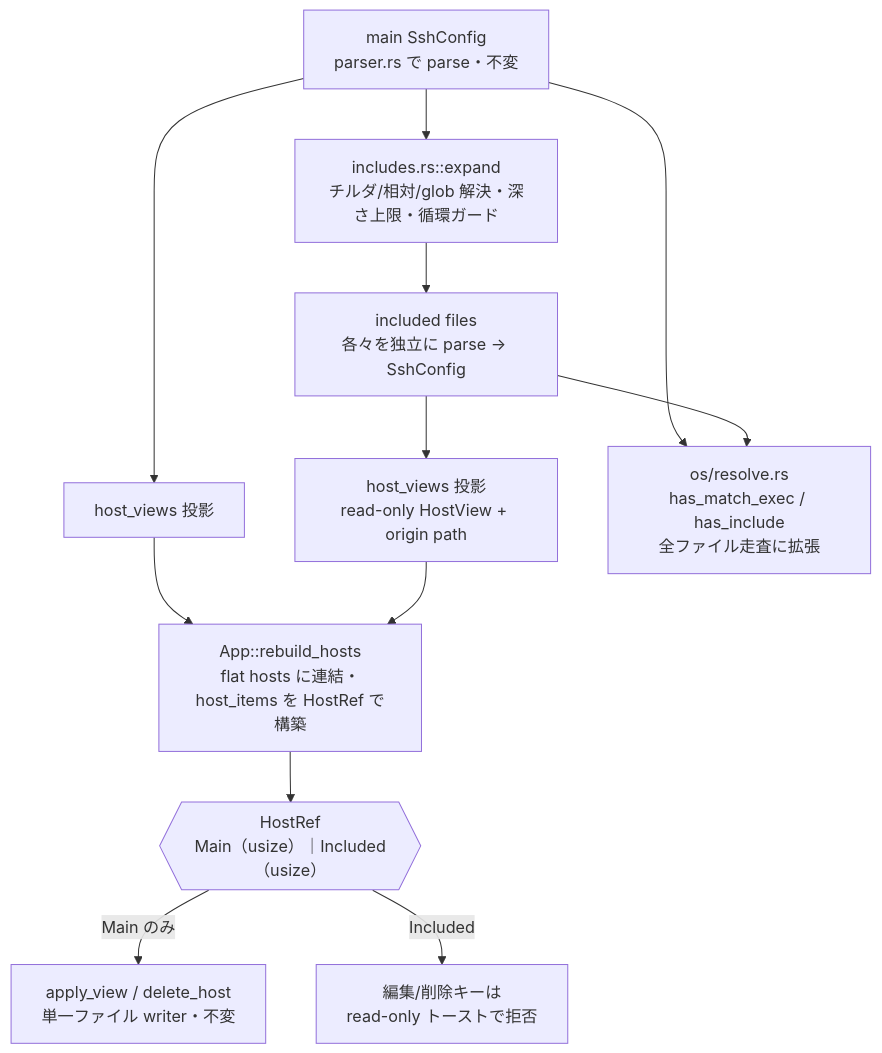
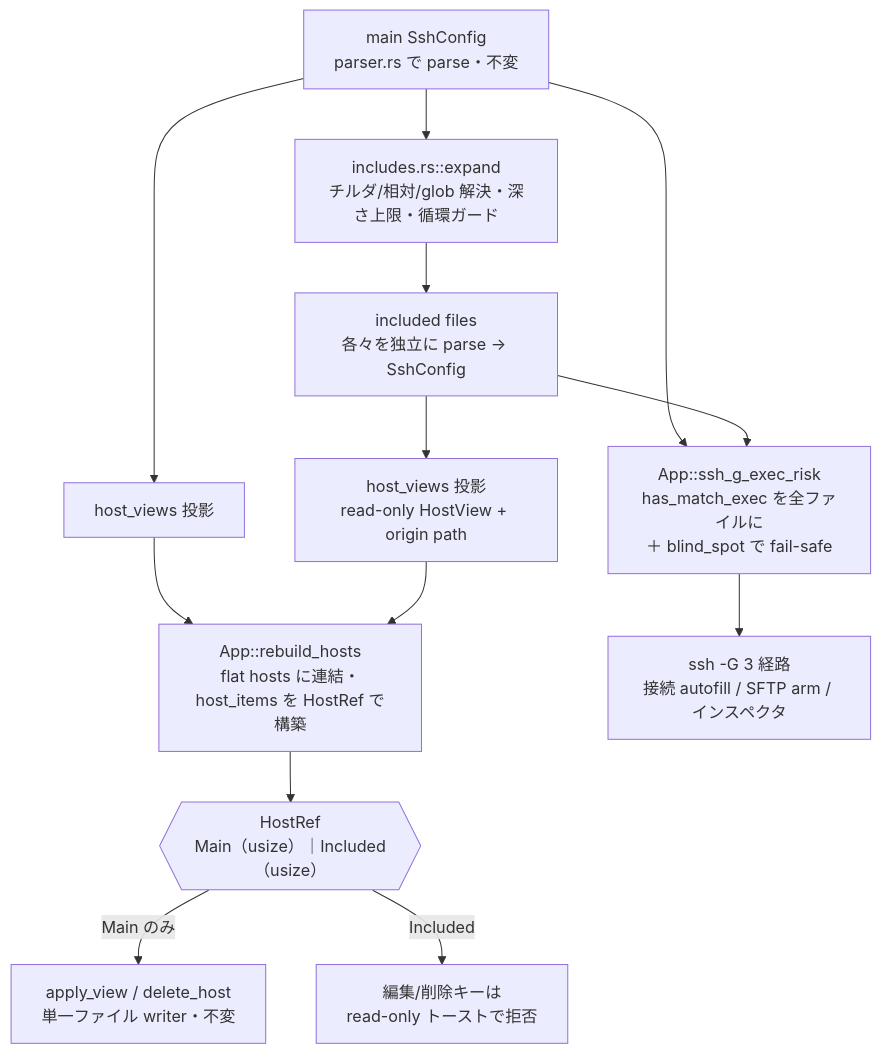
One commit to nakaba-lab/ssh-manager-tui changed the first of 2 diagrams in docs/design/includes.md. Above: the diagram before and after it, drawn with Mermaid. The commit also changed other lines of this file and 7 other files, not shown here.

First line of the commit message:
fix(security): ssh -G ゲートを 3 経路で統一し Include の非対称と走査 bypass を解消 (#72)

````diff
--- a/docs/design/includes.md
+++ b/docs/design/includes.md
@@ -19,14 +19,15 @@
 ```mermaid
 flowchart TB
     main[main SshConfig<br/>parser.rs で parse・不変] --> expand[includes.rs::expand<br/>チルダ/相対/glob 解決・深さ上限・循環ガード]
     expand --> incparse[included files<br/>各々を独立に parse → SshConfig]
     incparse --> incviews[host_views 投影<br/>read-only HostView + origin path]
     main --> mainviews[host_views 投影]
     mainviews --> rebuild[App::rebuild_hosts<br/>flat hosts に連結・host_items を HostRef で構築]
     incviews --> rebuild
     rebuild --> hostref{{HostRef<br/>Main（usize）｜Included（usize）}}
     hostref -->|Main のみ| write[apply_view / delete_host<br/>単一ファイル writer・不変]
     hostref -->|Included| refuse[編集/削除キーは<br/>read-only トーストで拒否]
-    main --> scan[os/resolve.rs<br/>has_match_exec / has_include<br/>全ファイル走査に拡張]
+    main --> scan[App::ssh_g_exec_risk<br/>has_match_exec を全ファイルに<br/>＋ blind_spot で fail-safe]
     incparse --> scan
+    scan --> gates[ssh -G 3 経路<br/>接続 autofill / SFTP arm / インスペクタ]
 ```
````
